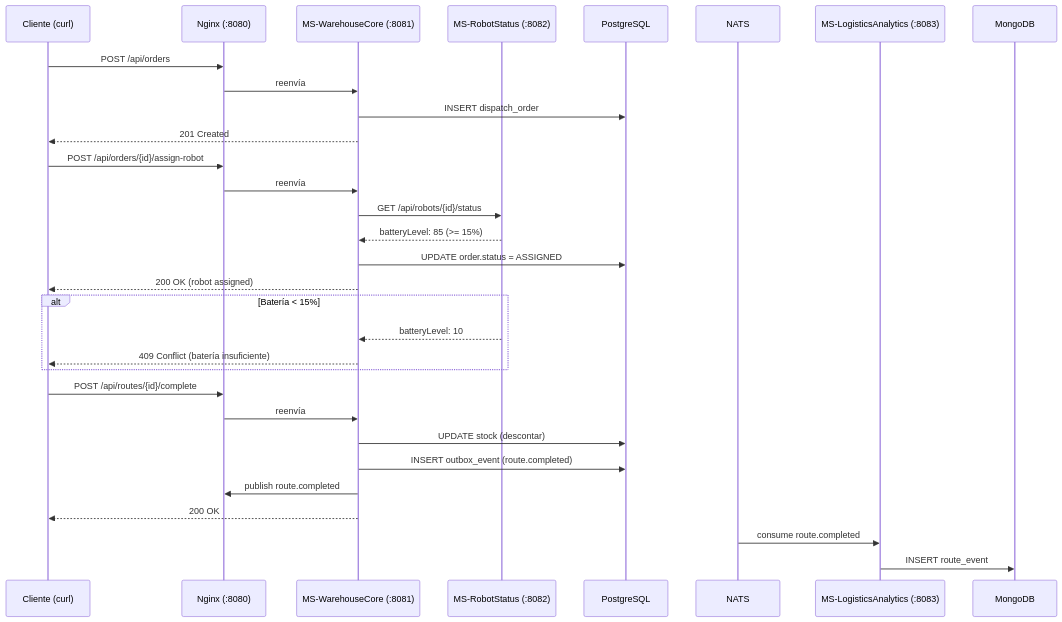
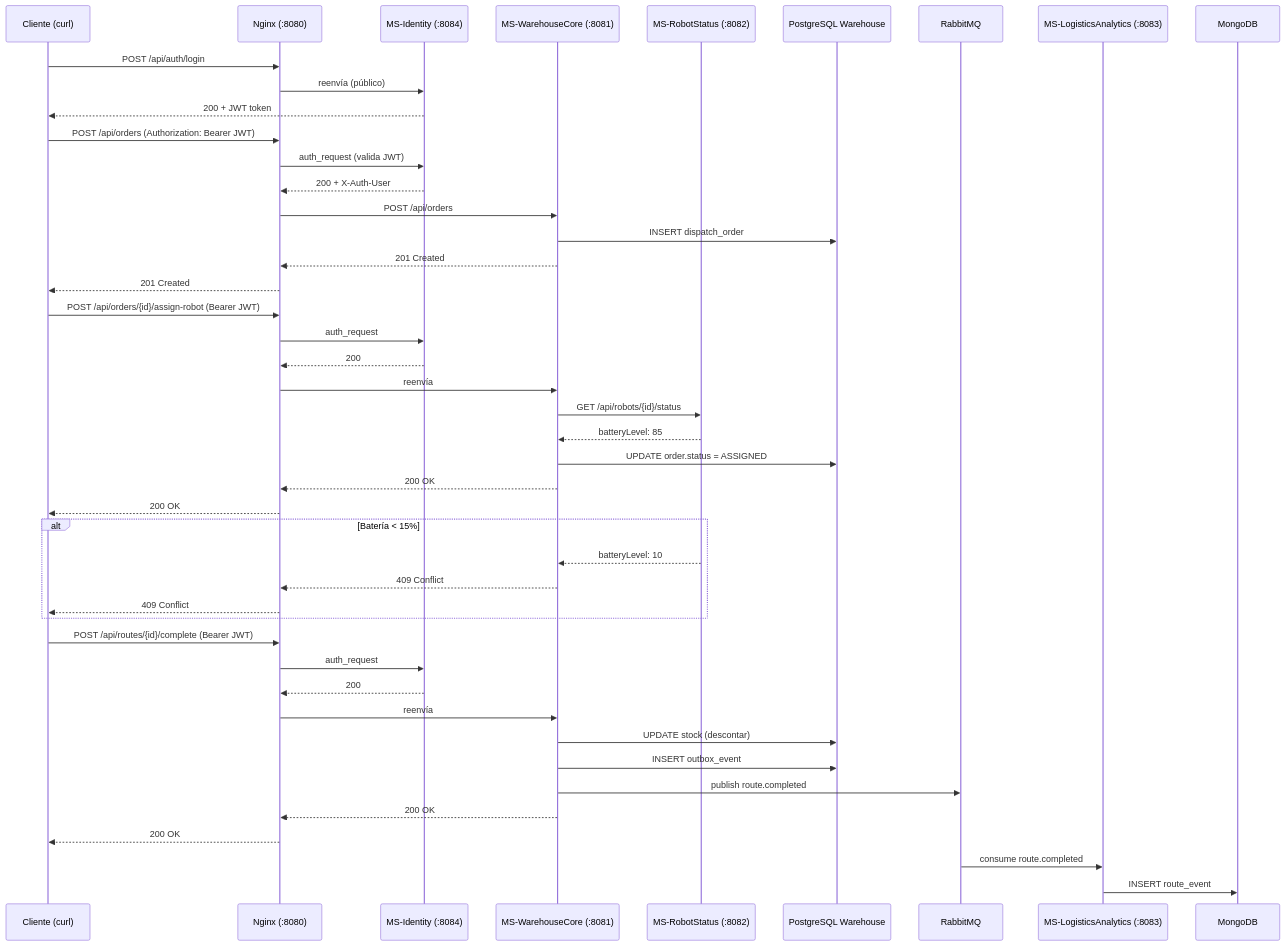
The second of 2 diagrams in smartlogistic/docs/diagrama-arquitectura.md (duguerrac/Proyecto-final---desarrollo), drawn with Mermaid before and after one commit. The commit also changed other lines of this file and 5 other files, not shown here.

````diff
--- a/smartlogistic/docs/diagrama-arquitectura.md
+++ b/smartlogistic/docs/diagrama-arquitectura.md
@@ -65,38 +84,53 @@
 ```mermaid
 sequenceDiagram
     participant C as Cliente (curl)
     participant N as Nginx (:8080)
+    participant I as MS-Identity (:8084)
     participant W as MS-WarehouseCore (:8081)
     participant R as MS-RobotStatus (:8082)
-    participant P as PostgreSQL
-    participant NAT as NATS
+    participant WH_PG as PostgreSQL Warehouse
+    participant RMQ as RabbitMQ
     participant A as MS-LogisticsAnalytics (:8083)
     participant M as MongoDB
 
-    C->>N: POST /api/orders
-    N->>W: reenvía
-    W->>P: INSERT dispatch_order
-    W-->>C: 201 Created
+    C->>N: POST /api/auth/login
+    N->>I: reenvía (público)
+    I-->>C: 200 + JWT token
 
-    C->>N: POST /api/orders/{id}/assign-robot
+    C->>N: POST /api/orders (Authorization: Bearer JWT)
+    N->>I: auth_request (valida JWT)
+    I-->>N: 200 + X-Auth-User
+    N->>W: POST /api/orders
+    W->>WH_PG: INSERT dispatch_order
+    W-->>N: 201 Created
+    N-->>C: 201 Created
+
+    C->>N: POST /api/orders/{id}/assign-robot (Bearer JWT)
+    N->>I: auth_request
+    I-->>N: 200
     N->>W: reenvía
     W->>R: GET /api/robots/{id}/status
-    R-->>W: batteryLevel: 85 (>= 15%)
-    W->>P: UPDATE order.status = ASSIGNED
-    W-->>C: 200 OK (robot assigned)
+    R-->>W: batteryLevel: 85
+    W->>WH_PG: UPDATE order.status = ASSIGNED
+    W-->>N: 200 OK
+    N-->>C: 200 OK
 
     alt Batería < 15%
         R-->>W: batteryLevel: 10
-        W-->>C: 409 Conflict (batería insuficiente)
+        W-->>N: 409 Conflict
+        N-->>C: 409 Conflict
     end
 
-    C->>N: POST /api/routes/{id}/complete
+    C->>N: POST /api/routes/{id}/complete (Bearer JWT)
+    N->>I: auth_request
+    I-->>N: 200
     N->>W: reenvía
-    W->>P: UPDATE stock (descontar)
-    W->>P: INSERT outbox_event (route.completed)
-    W->>N: publish route.completed
-    W-->>C: 200 OK
+    W->>WH_PG: UPDATE stock (descontar)
+    W->>WH_PG: INSERT outbox_event
+    W->>RMQ: publish route.completed
+    W-->>N: 200 OK
+    N-->>C: 200 OK
 
-    NAT->>A: consume route.completed
+    RMQ->>A: consume route.completed
     A->>M: INSERT route_event
 ```
````
